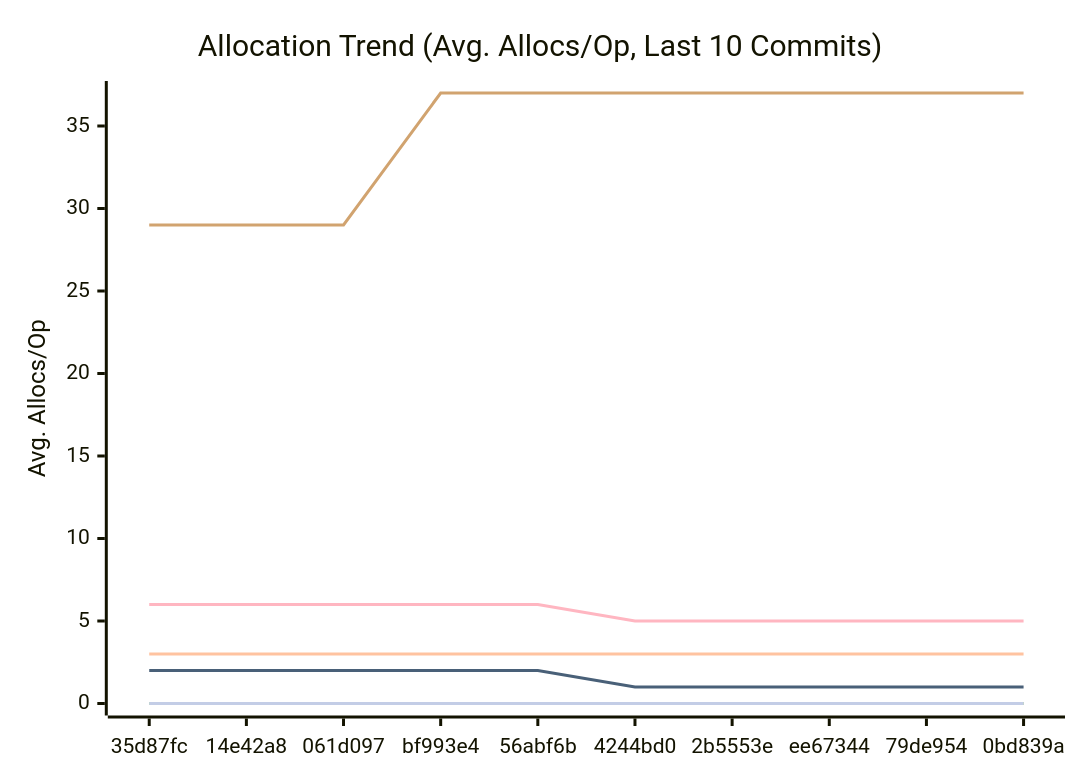
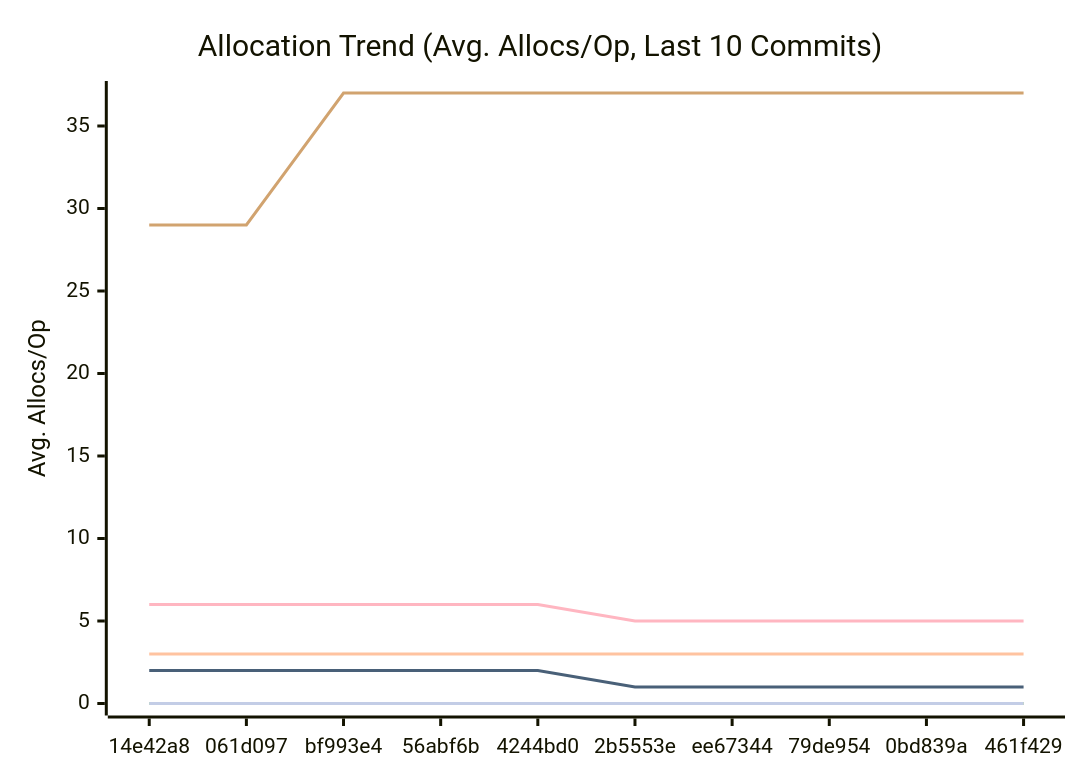
One commit to alsotoes/momo changed the third of 3 diagrams in docs/PERFORMANCE.md. Above: the diagram before and after it, drawn with Mermaid. The commit also changed other lines of this file and 3 other files, not shown here.

````diff
--- a/docs/PERFORMANCE.md
+++ b/docs/PERFORMANCE.md
@@ -114,16 +114,16 @@
 ```mermaid
 xychart-beta
     title "Allocation Trend (Avg. Allocs/Op, Last 10 Commits)"
     x-axis "Commit"
     y-axis "Avg. Allocs/Op"
-    x-axis [35d87fc,14e42a8,061d097,bf993e4,56abf6b,4244bd0,2b5553e,ee67344,79de954,0bd839a]
+    x-axis [14e42a8,061d097,bf993e4,56abf6b,4244bd0,2b5553e,ee67344,79de954,0bd839a,461f429]
     line "CheckMetricsAndSwap" [0,0,0,0,0,0,0,0,0,0]
     line "CrushOptimized" [0,0,0,0,0,0,0,0,0,0]
     line "CrushOriginal" [3,3,3,3,3,3,3,3,3,3]
     line "IndexDirectTracking" [0,0,0,0,0,0,0,0,0,0]
     line "IndexSearch" [0,0,0,0,0,0,0,0,0,0]
-    line "LoadGlobalConfig" [29,29,29,37,37,37,37,37,37,37]
+    line "LoadGlobalConfig" [29,29,37,37,37,37,37,37,37,37]
     line "PadString" [0,0,0,0,0,0,0,0,0,0]
     line "ParseReplicationOrder_NoPrealloc" [6,6,6,6,6,5,5,5,5,5]
     line "ParseReplicationOrder_Prealloc" [2,2,2,2,2,1,1,1,1,1]
 ```
````
